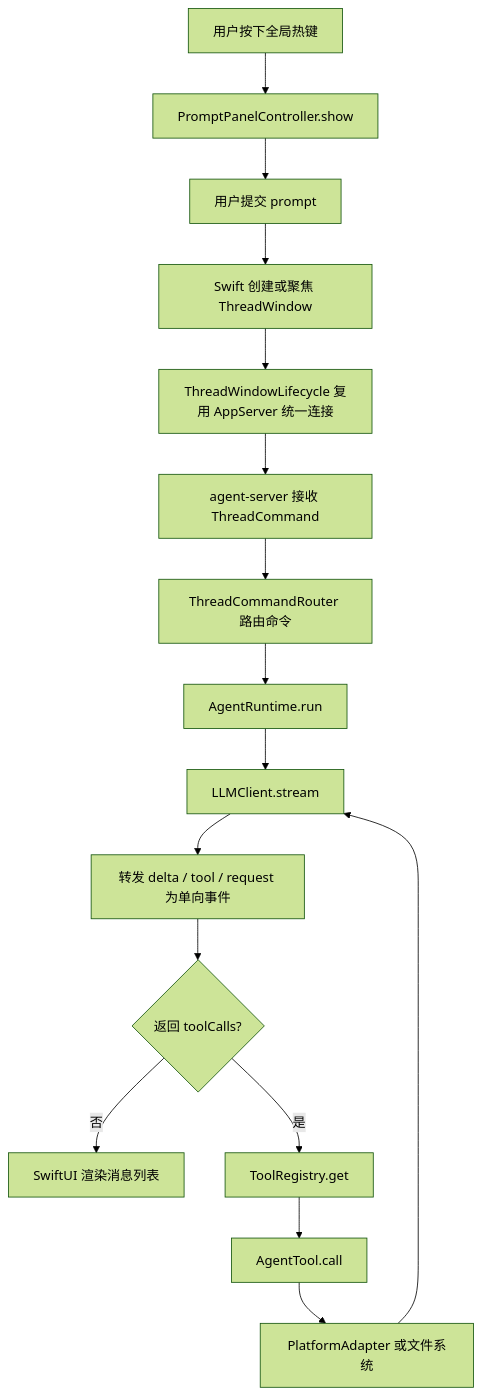
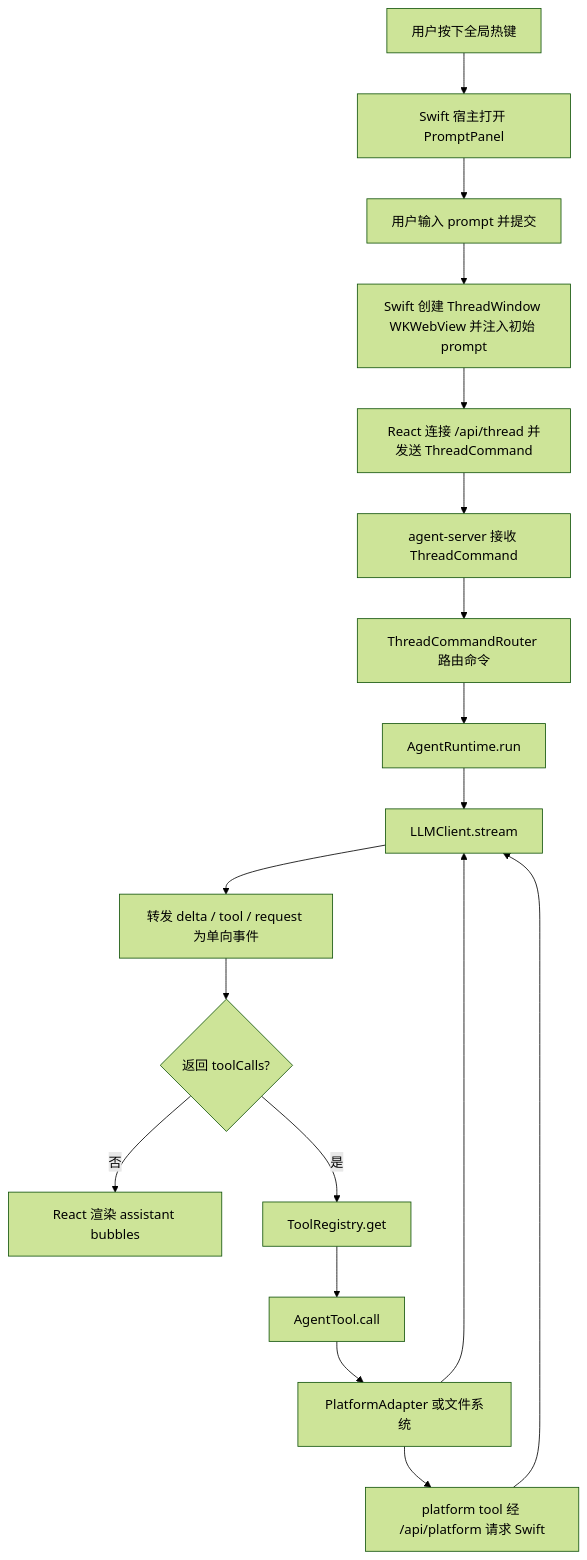
One commit to Lixuhang987/SpotAgent changed the second of 2 diagrams in handAgent.md. Above: the diagram before and after it, drawn with Mermaid (forest theme). The commit also changed other lines of this file and 13 other files, not shown here.

````diff
--- a/handAgent.md
+++ b/handAgent.md
@@ -37,18 +39,20 @@
 ```mermaid
 flowchart TD
-  A[用户按下全局热键] --> B[PromptPanelController.show]
-  B --> C[用户提交 prompt]
-  C --> D[Swift 创建或聚焦 ThreadWindow]
-  D --> E[ThreadWindowLifecycle 复用 AppServer 统一连接]
+  A[用户按下全局热键] --> B[Swift 宿主打开 PromptPanel]
+  B --> C[用户输入 prompt 并提交]
+  C --> D[Swift 创建 ThreadWindow WKWebView 并注入初始 prompt]
+  D --> E[React 连接 /api/thread 并发送 ThreadCommand]
   E --> F[agent-server 接收 ThreadCommand]
   F --> G[ThreadCommandRouter 路由命令]
   G --> H[AgentRuntime.run]
   H --> I[LLMClient.stream]
   I --> I1[转发 delta / tool / request 为单向事件]
   I1 --> J{返回 toolCalls?}
-  J -- 否 --> K[SwiftUI 渲染消息列表]
+  J -- 否 --> K[React 渲染 assistant bubbles]
   J -- 是 --> L[ToolRegistry.get]
   L --> M[AgentTool.call]
   M --> N[PlatformAdapter 或文件系统]
   N --> I
+  N --> O[platform tool 经 /api/platform 请求 Swift]
+  O --> I
 ```
````
